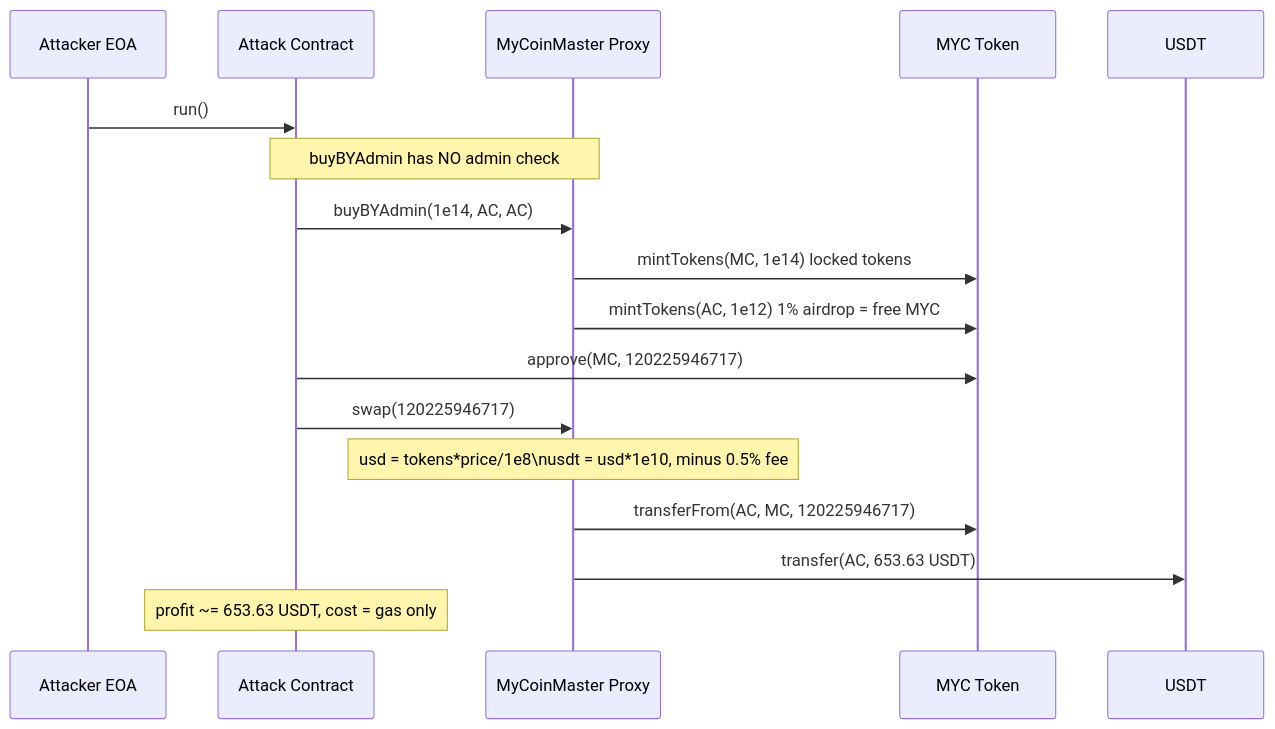
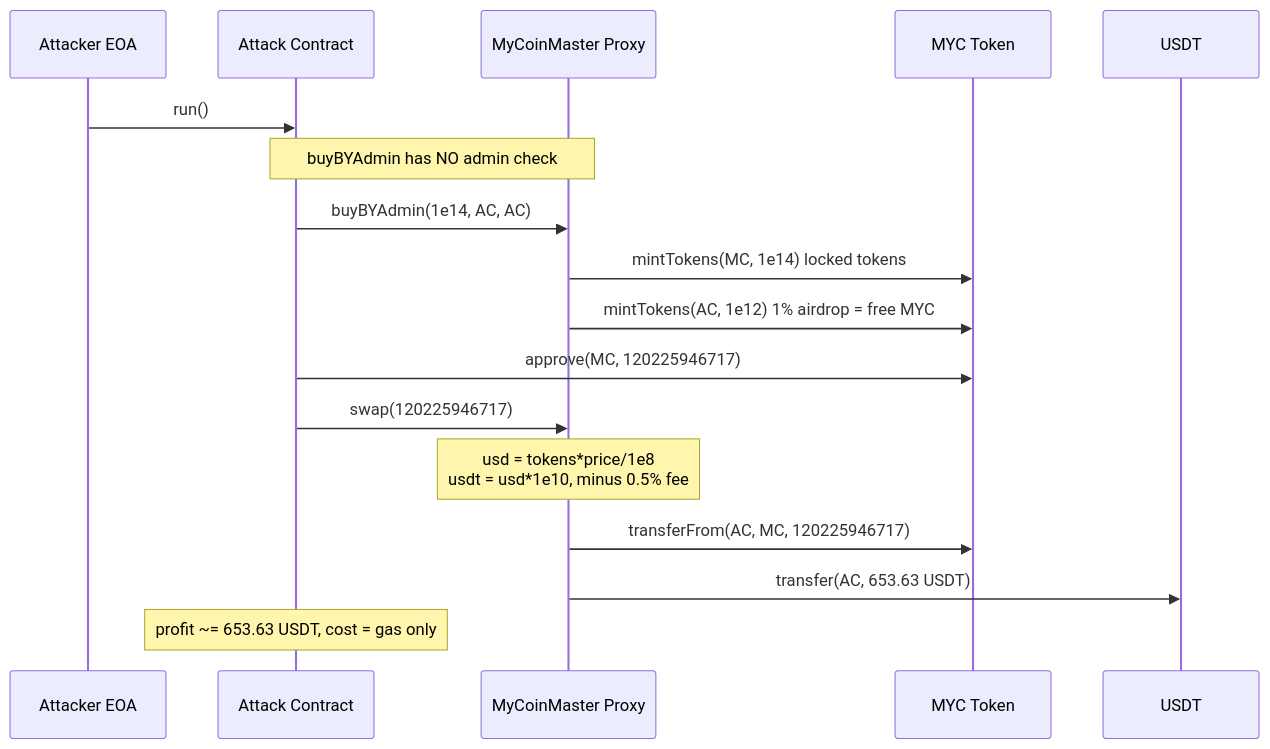
Before and after one commit to sanbir/evm-hack-registry: the first of 2 diagrams in 2025-08-MyCoinMaster_exp/MyCoinMaster_exp.md, drawn with Mermaid. The commit also changed other lines of this file and 280 other files, not shown here.

Commit message:
mermaid fixes

````diff
--- a/2025-08-MyCoinMaster_exp/MyCoinMaster_exp.md
+++ b/2025-08-MyCoinMaster_exp/MyCoinMaster_exp.md
@@ -162,20 +162,20 @@
 ```mermaid
 sequenceDiagram
     participant Attacker as Attacker EOA
     participant AC as Attack Contract
     participant MC as MyCoinMaster Proxy
     participant MYC as MYC Token
     participant USDT as USDT
 
     Attacker->>AC: run()
     Note over AC,MC: buyBYAdmin has NO admin check
     AC->>MC: buyBYAdmin(1e14, AC, AC)
     MC->>MYC: mintTokens(MC, 1e14)   locked tokens
     MC->>MYC: mintTokens(AC, 1e12)   1% airdrop = free MYC
     AC->>MYC: approve(MC, 120225946717)
     AC->>MC: swap(120225946717)
-    Note over MC: usd = tokens*price/1e8\nusdt = usd*1e10, minus 0.5% fee
+    Note over MC: usd = tokens*price/1e8<br/>usdt = usd*1e10, minus 0.5% fee
     MC->>MYC: transferFrom(AC, MC, 120225946717)
     MC->>USDT: transfer(AC, 653.63 USDT)
     Note over AC: profit ~= 653.63 USDT, cost = gas only
 ```
````
